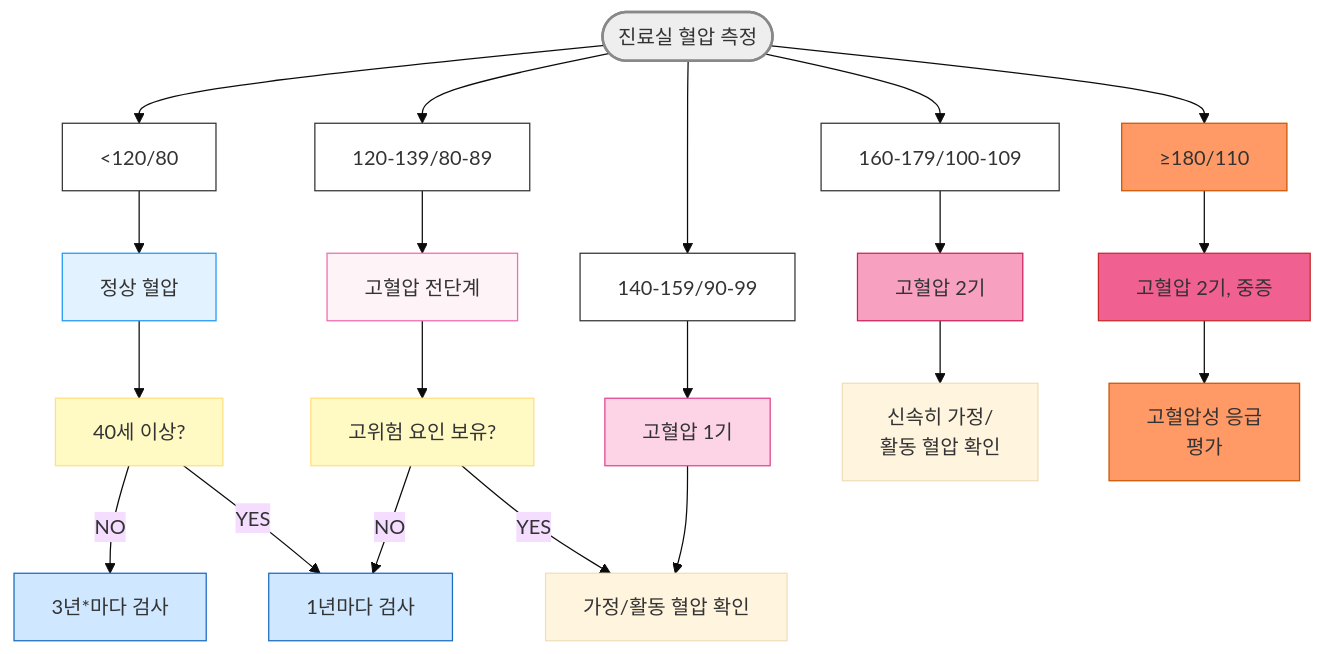
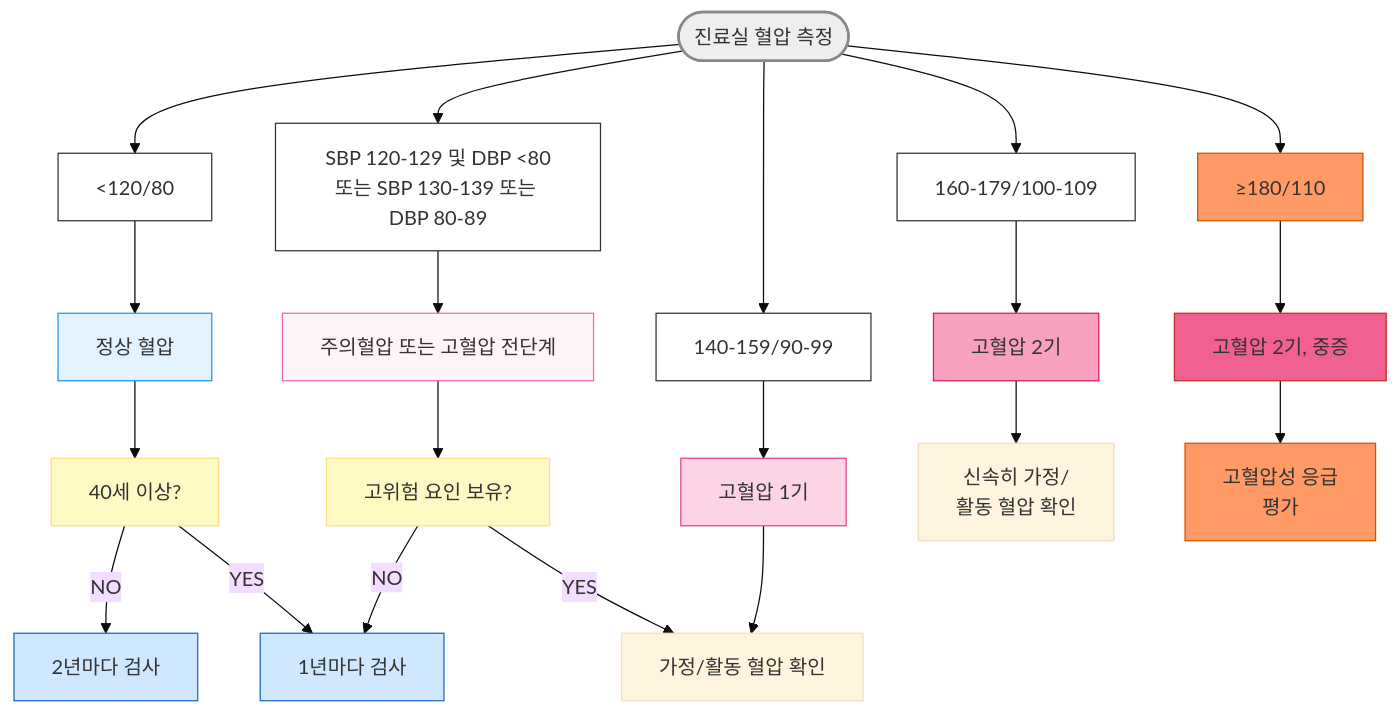
The first of 6 diagrams in 225_/095_-hypertension.md (familyoh77/familyoh77), drawn with Mermaid (base theme) before and after one commit. The commit also changed other lines of this file and 5 other files, not shown here.

````diff
--- a/225_/095_-hypertension.md
+++ b/225_/095_-hypertension.md
@@ -249,33 +250,33 @@
 ```mermaid
 graph TD
     A([진료실 혈압 측정])
     A -->B1["<120/80"]--> C[정상 혈압]
-    A -->B2[120-139/80-89]--> D[고혈압 전단계]
+    A -->B2["SBP 120-129 및 DBP <80<br/>또는 SBP 130-139 또는 DBP 80-89"]--> D[주의혈압 또는 고혈압 전단계]
     A -->B3[140-159/90-99]--> E[고혈압 1기]
     A -->B4[160-179/100-109]--> F[고혈압 2기]
     A -->B5["≥180/110"]--> G[고혈압 2기, 중증]
 style A fill:#eeeeee,stroke:#888888,stroke-width:2px
 classDef white fill:#fff,stroke:#333
 class B1,B2,B3,B4 white
 style C fill:#e3f2ff,stroke:#2196f3
 style D fill:#fef4f8,stroke:#f06baf
 style E fill:#fcd4e6,stroke:#e0448e
 style F fill:#f8a0c0,stroke:#d01f5a
 style G fill:#f06090,stroke:#c62828
     
     C --> H[40세 이상?]
-    H -->|NO| I[3년*마다 검사]
+    H -->|NO| I[2년마다 검사]
     H -->|YES| J[1년마다 검사]
     D --> K[고위험 요인 보유?]
     K -->|NO| J
     K -->|YES| L[가정/활동 혈압 확인]
     E --> L
     F --> M[신속히 가정/<br/>활동 혈압 확인]
     G --> N[고혈압성 응급<br/> 평가]
 classDef yellow fill:#fff9c4,stroke:#ffe082
 class H,K yellow
 classDef blue fill:#d0e8ff,stroke:#1a6abf
 class I,J blue
 classDef peach fill:#ff9966,stroke:#cc5500
 class N,B5 peach
 ```
````
